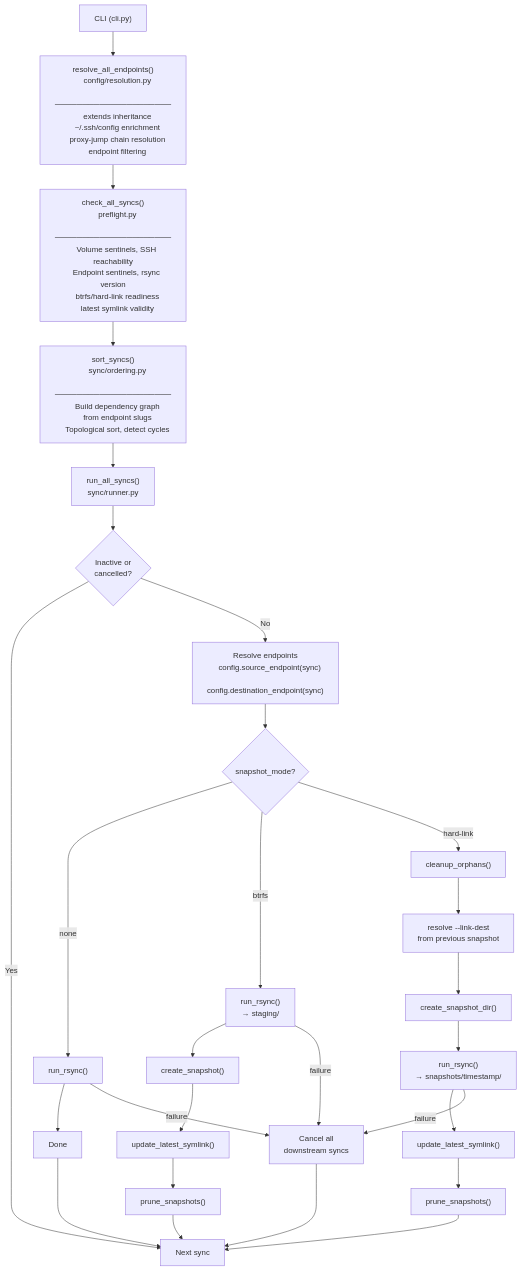
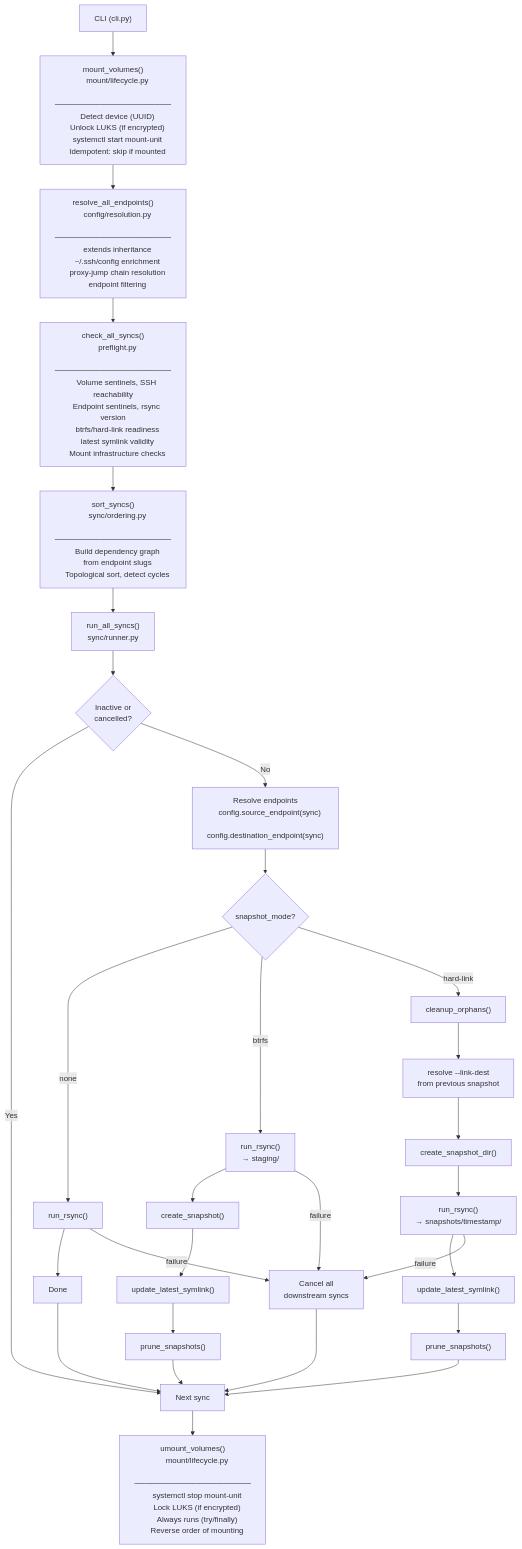
The second of 2 diagrams in docs/architecture.md (iglootools/nbkp), drawn with Mermaid before and after one commit. The commit also changed other lines of this file and 69 other files, not shown here.

Commit message:
feat: implement automount/autounmount for (possibly luks-encrypted) volumes

````diff
--- a/docs/architecture.md
+++ b/docs/architecture.md
@@ -61,7 +69,15 @@
 flowchart TD
     CLI["CLI (cli.py)"]
 
-    CLI --> Resolve["resolve_all_endpoints()
+    CLI --> Mount["mount_volumes()
+    mount/lifecycle.py
+    ─────────────────────
+    Detect device (UUID)
+    Unlock LUKS (if encrypted)
+    systemctl start mount-unit
+    Idempotent: skip if mounted"]
+
+    Mount --> Resolve["resolve_all_endpoints()
     config/resolution.py
     ─────────────────────
     extends inheritance
@@ -75,7 +91,8 @@
     Volume sentinels, SSH reachability
     Endpoint sentinels, rsync version
     btrfs/hard-link readiness
-    latest symlink validity"]
+    latest symlink validity
+    Mount infrastructure checks"]
 
     Check --> Sort["sort_syncs()
     sync/ordering.py
@@ -123,4 +140,12 @@
     RsyncHL -- failure --> Cancel
     Rsync -- failure --> Cancel
     Cancel --> NextSync
+
+    NextSync --> Umount["umount_volumes()
+    mount/lifecycle.py
+    ─────────────────────
+    systemctl stop mount-unit
+    Lock LUKS (if encrypted)
+    Always runs (try/finally)
+    Reverse order of mounting"]
 ```
````
